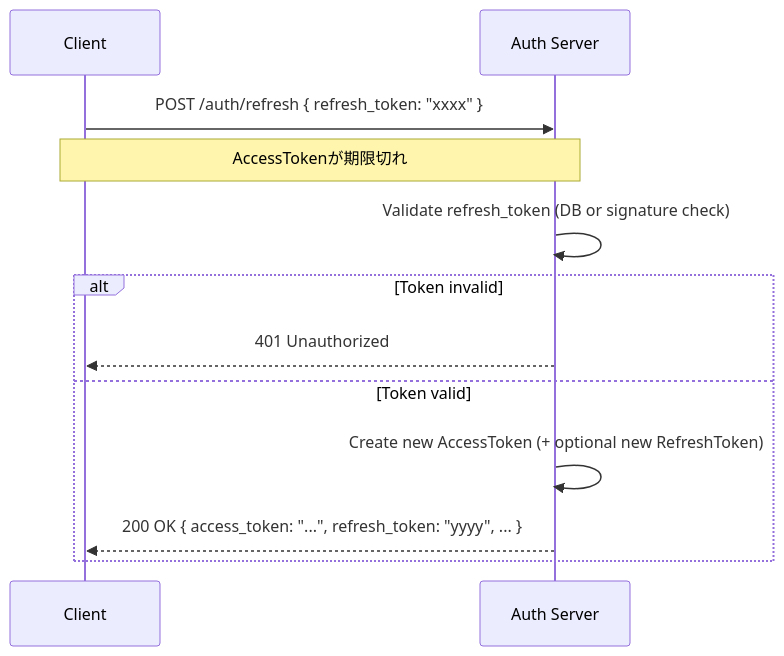
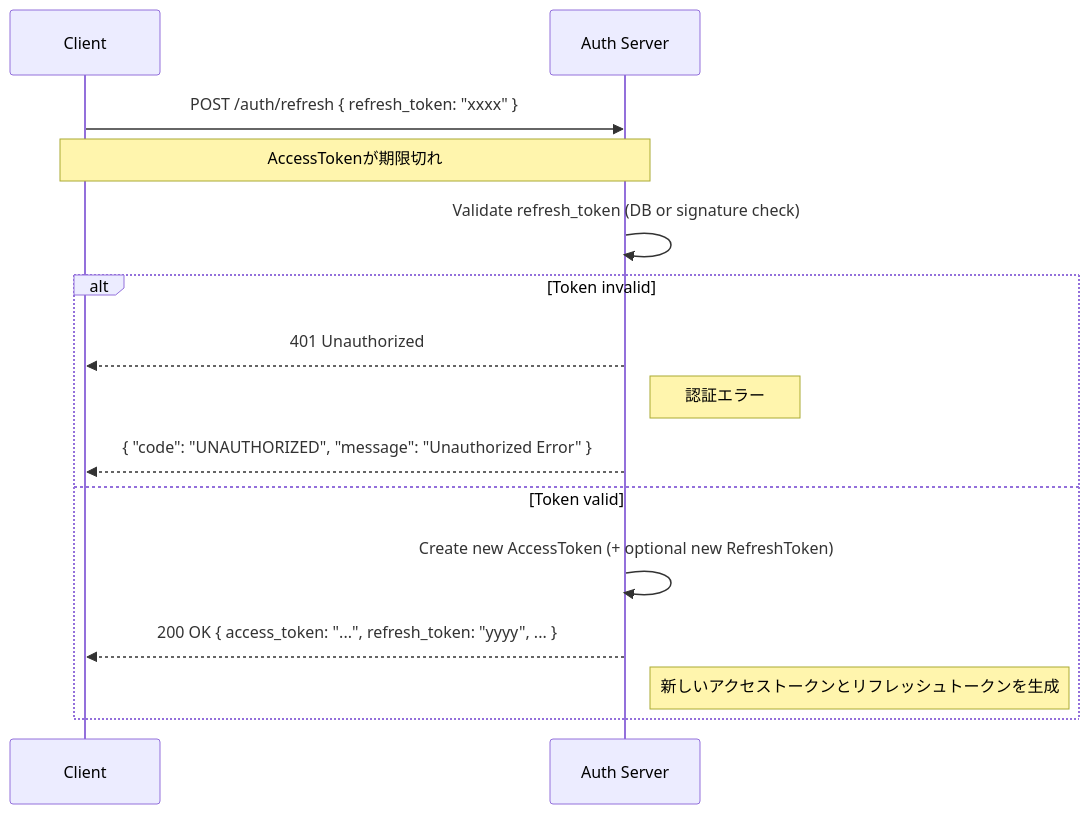
One commit to semba-yui/demo-clean-architecture-dotnet changed the diagram in docs/90_appendix/token.mmd. Above: the diagram before and after it, drawn with Mermaid. The commit also changed 6 other files, not shown here.

```diff
--- a/docs/90_appendix/token.mmd
+++ b/docs/90_appendix/token.mmd
@@ -1,13 +1,16 @@
 sequenceDiagram
     participant C as Client
     participant S as Auth Server
 
     C->>S: POST /auth/refresh { refresh_token: "xxxx" }
     note over C,S: AccessTokenが期限切れ
     S->>S: Validate refresh_token (DB or signature check)
     alt Token invalid
         S-->>C: 401 Unauthorized
+        note right of S: 認証エラー
+        S-->>C: { "code": "UNAUTHORIZED", "message": "Unauthorized Error" }
     else Token valid
         S->>S: Create new AccessToken (+ optional new RefreshToken)
         S-->>C: 200 OK { access_token: "...", refresh_token: "yyyy", ... }
+        note right of S: 新しいアクセストークンとリフレッシュトークンを生成
     end
```
